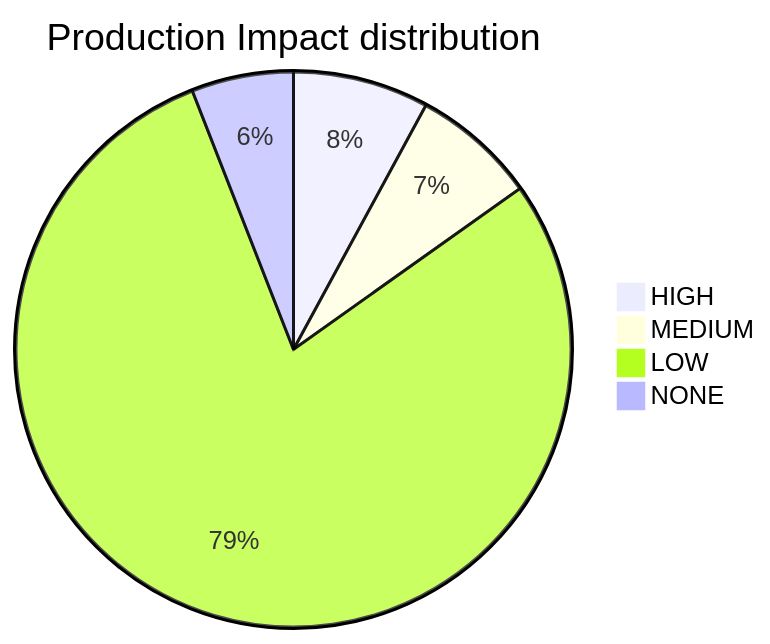
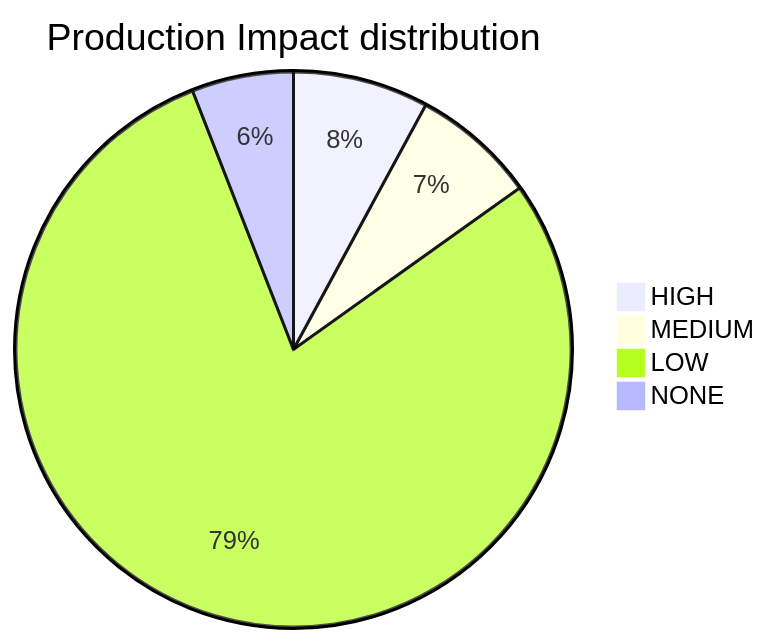
The diagram in PLATFORM_HEALTH.md (mikeybeezy/goldenpath-idp-infra), drawn with Mermaid before and after one commit. The commit also changed other lines of this file, not shown here.

````diff
--- a/PLATFORM_HEALTH.md
+++ b/PLATFORM_HEALTH.md
@@ -53,7 +53,7 @@
 ```mermaid
 pie title Production Impact distribution
     "HIGH" : 36
     "MEDIUM" : 33
-    "LOW" : 359
+    "LOW" : 360
     "NONE" : 27
 ```
````
